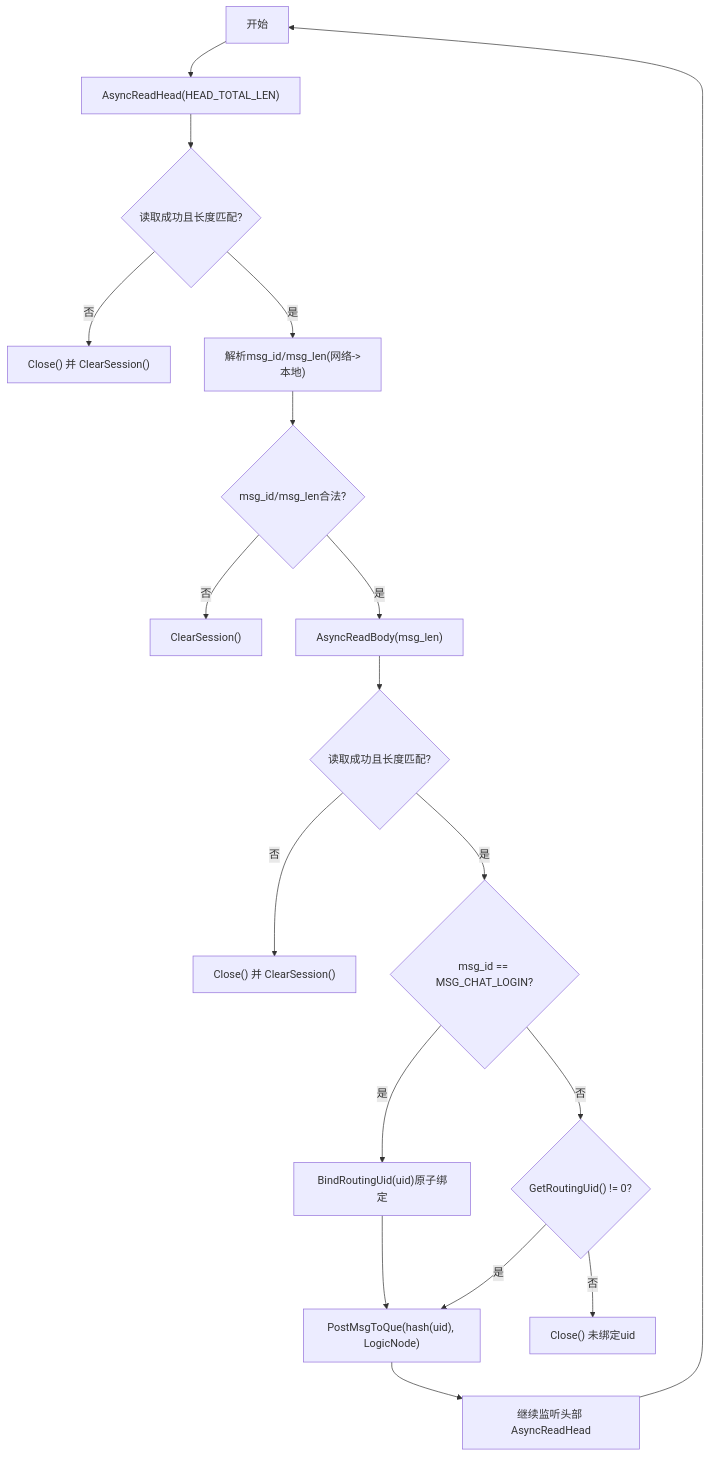
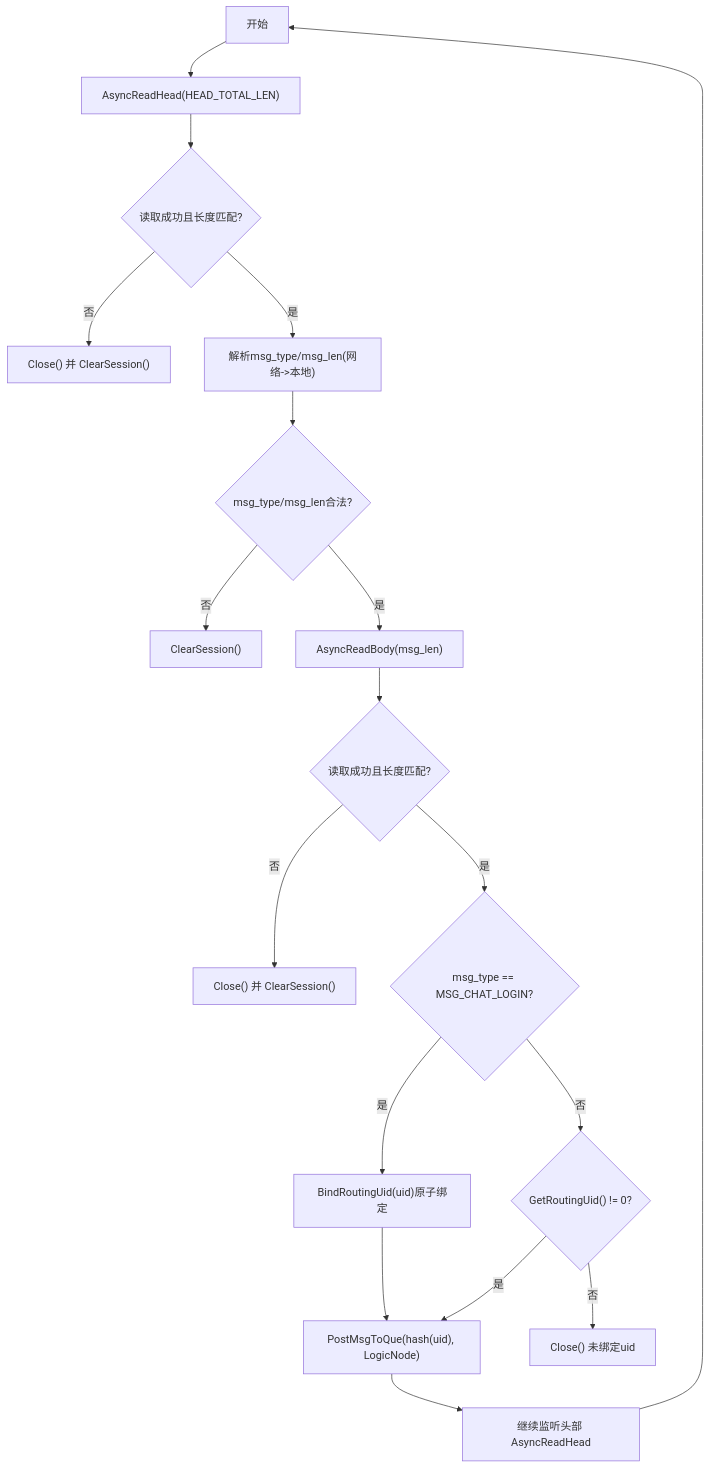
Before and after one commit to echo9923/mychatter: the fifth of 8 diagrams in .qoder/repowiki/zh/content/服务端开发/ChatServer聊天核心服务/会话管理/会话生命周期管理.md, drawn with Mermaid. The commit also changed other lines of this file and 128 other files, not shown here.

First line of the commit message:
refactor(protocol): TCP 帧头消息类型 msg_id 全局改名为 msg_type

````diff
--- a/.qoder/repowiki/zh/content/服务端开发/ChatServer聊天核心服务/会话管理/会话生命周期管理.md
+++ b/.qoder/repowiki/zh/content/服务端开发/ChatServer聊天核心服务/会话管理/会话生命周期管理.md
@@ -249,20 +249,20 @@
 ```mermaid
 flowchart TD
 S["开始"] --> R1["AsyncReadHead(HEAD_TOTAL_LEN)"]
 R1 --> V1{"读取成功且长度匹配?"}
 V1 -- 否 --> E1["Close() 并 ClearSession()"]
-V1 -- 是 --> P1["解析msg_id/msg_len(网络->本地)"]
-P1 --> C1{"msg_id/msg_len合法?"}
+V1 -- 是 --> P1["解析msg_type/msg_len(网络->本地)"]
+P1 --> C1{"msg_type/msg_len合法?"}
 C1 -- 否 --> E2["ClearSession()"]
 C1 -- 是 --> R2["AsyncReadBody(msg_len)"]
 R2 --> V2{"读取成功且长度匹配?"}
 V2 -- 否 --> E3["Close() 并 ClearSession()"]
-V2 -- 是 --> L1{"msg_id == MSG_CHAT_LOGIN?"}
+V2 -- 是 --> L1{"msg_type == MSG_CHAT_LOGIN?"}
 L1 -- 是 --> B1["BindRoutingUid(uid)原子绑定"]
 B1 --> R3["PostMsgToQue(hash(uid), LogicNode)"]
 L1 -- 否 --> V3{"GetRoutingUid() != 0?"}
 V3 -- 否 --> E4["Close() 未绑定uid"]
 V3 -- 是 --> R3
 R3 --> N1["继续监听头部 AsyncReadHead"]
 N1 --> S
 ```
````
